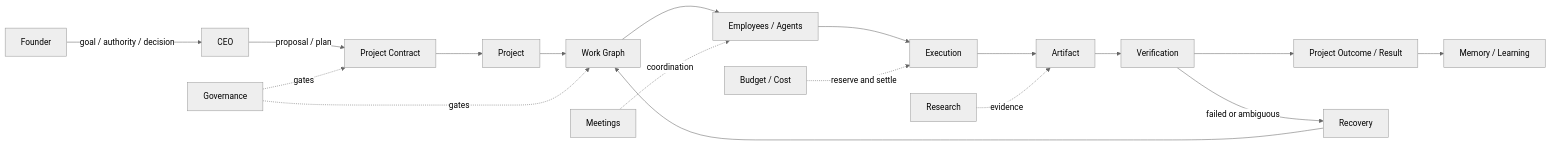
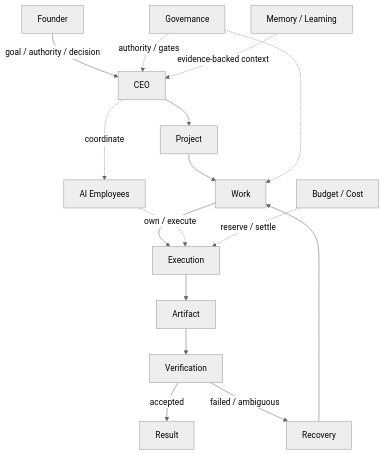
The diagram in docs/ARCHITECTURE.md (eason11133/eason-one), drawn with Mermaid (neutral theme) before and after one commit. The commit also changed other lines of this file and 36 other files, not shown here.

````diff
--- a/docs/ARCHITECTURE.md
+++ b/docs/ARCHITECTURE.md
@@ -9,21 +9,20 @@
 ```mermaid
-flowchart LR
+flowchart TD
     Founder -->|goal / authority / decision| CEO
-    CEO -->|proposal / plan| Contract[Project Contract]
-    Contract --> Project
-    Project --> WorkGraph[Work Graph]
-    WorkGraph --> Team[Employees / Agents]
-    Team --> Execution
+    CEO --> Project
+    Project --> Work
+    Work --> Execution
     Execution --> Artifact
     Artifact --> Verification
-    Verification --> Outcome[Project Outcome / Result]
-    Verification -->|failed or ambiguous| Recovery
-    Recovery --> WorkGraph
-    Outcome --> Learning[Memory / Learning]
+    Verification -->|accepted| Result
+    Verification -->|failed / ambiguous| Recovery
+    Recovery --> Work
 
-    Governance -. gates .-> Contract
-    Governance -. gates .-> WorkGraph
-    Budget[Budget / Cost] -. reserve and settle .-> Execution
-    Meeting[Meetings] -. coordination .-> Team
-    Research[Research] -. evidence .-> Artifact
+    CEO -. coordinate .-> Employees[AI Employees]
+    Employees -. own / execute .-> Execution
+
+    Governance -. authority / gates .-> CEO
+    Governance -.-> Work
+    Budget[Budget / Cost] -. reserve / settle .-> Execution
+    Memory[Memory / Learning] -. evidence-backed context .-> CEO
 ```
````
